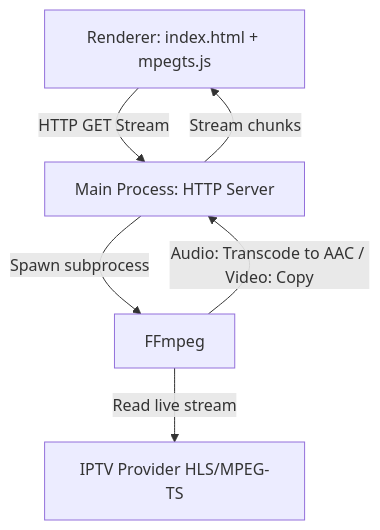
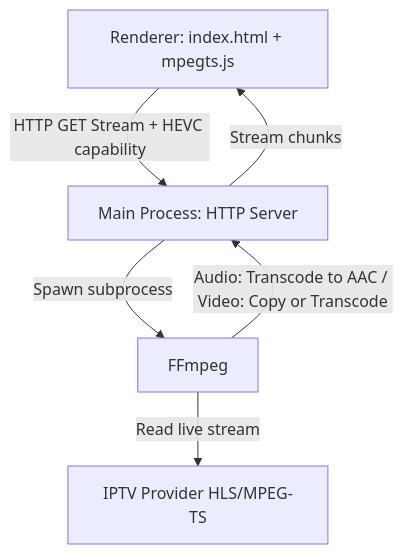
One commit to oliverzein/beamcast-iptv changed the diagram in docs/app_state.md. Above: the diagram before and after it, drawn with Mermaid. The commit also changed other lines of this file, not shown here.

Commit message:
docs: update app_state.md architecture and file map

````diff
--- a/docs/app_state.md
+++ b/docs/app_state.md
@@ -11,8 +11,8 @@
 ```mermaid
 graph TD
-    A[Renderer: index.html + mpegts.js] -- HTTP GET Stream --> B[Main Process: HTTP Server]
+    A[Renderer: index.html + mpegts.js] -- HTTP GET Stream + HEVC capability --> B[Main Process: HTTP Server]
     B -- Spawn subprocess --> C[FFmpeg]
     C -- Read live stream --> D[IPTV Provider HLS/MPEG-TS]
-    C -- Audio: Transcode to AAC / Video: Copy --> B
+    C -- Audio: Transcode to AAC / Video: Copy or Transcode --> B
     B -- Stream chunks --> A
 ```
````
